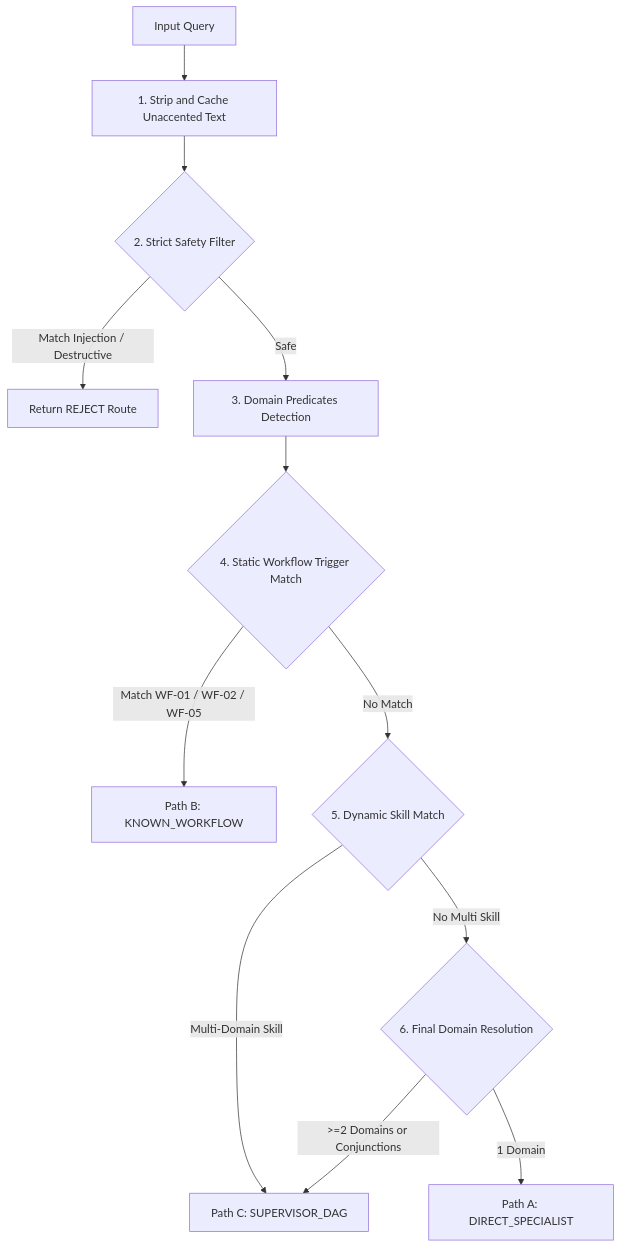
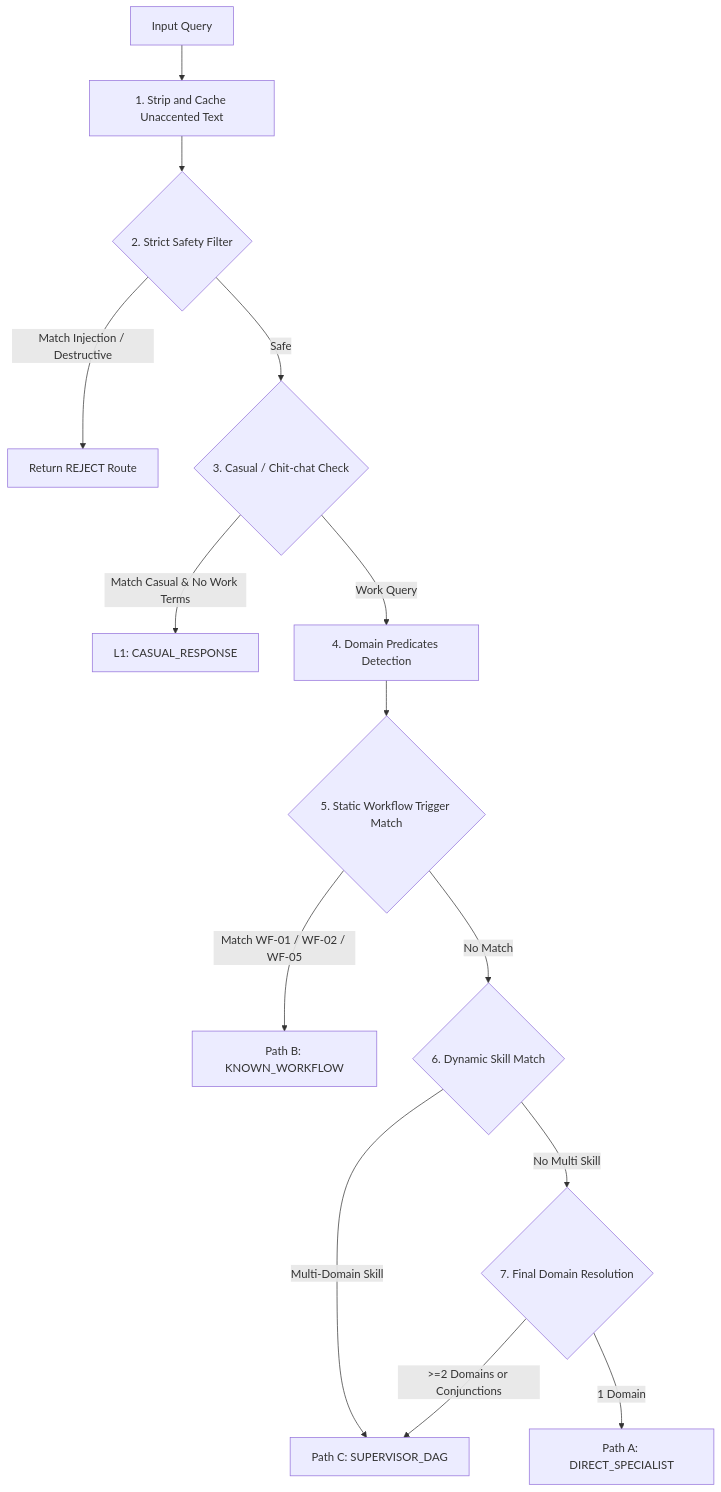
One commit to dvnam1605/personal-agent changed the second of 5 diagrams in docs/architecture/02-execution-paths-and-routing.md. Above: the diagram before and after it, drawn with Mermaid. The commit also changed other lines of this file and 22 other files, not shown here.

Commit message:
feat: add RAG answer synthesis service, architecture documentation, and frontend UI components

````diff
--- a/docs/architecture/02-execution-paths-and-routing.md
+++ b/docs/architecture/02-execution-paths-and-routing.md
@@ -31,14 +34,16 @@
 ```mermaid
 flowchart TD
     Step1[Input Query] --> Preproc[1. Strip and Cache Unaccented Text]
     Preproc --> SafetyCheck{2. Strict Safety Filter}
     SafetyCheck -->|Match Injection / Destructive| Reject[Return REJECT Route]
-    SafetyCheck -->|Safe| DomainDetect[3. Domain Predicates Detection]
-    DomainDetect --> WFMatch{4. Static Workflow Trigger Match}
+    SafetyCheck -->|Safe| CasualCheck{3. Casual / Chit-chat Check}
+    CasualCheck -->|Match Casual & No Work Terms| CasualRoute[L1: CASUAL_RESPONSE]
+    CasualCheck -->|Work Query| DomainDetect[4. Domain Predicates Detection]
+    DomainDetect --> WFMatch{5. Static Workflow Trigger Match}
     WFMatch -->|Match WF-01 / WF-02 / WF-05| PathB[Path B: KNOWN_WORKFLOW]
-    WFMatch -->|No Match| SkillMatch{5. Dynamic Skill Match}
+    WFMatch -->|No Match| SkillMatch{6. Dynamic Skill Match}
     SkillMatch -->|Multi-Domain Skill| PathC[Path C: SUPERVISOR_DAG]
-    SkillMatch -->|No Multi Skill| FinalRoute{6. Final Domain Resolution}
+    SkillMatch -->|No Multi Skill| FinalRoute{7. Final Domain Resolution}
     FinalRoute -->|1 Domain| PathA[Path A: DIRECT_SPECIALIST]
     FinalRoute -->|>=2 Domains or Conjunctions| PathC
 ```
````
